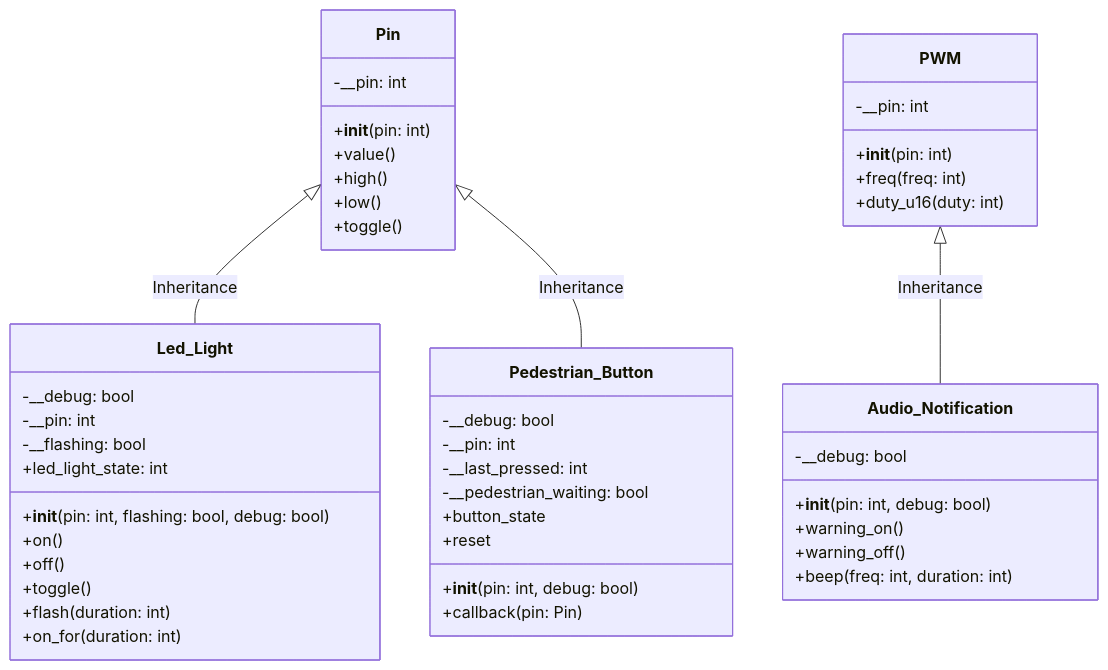
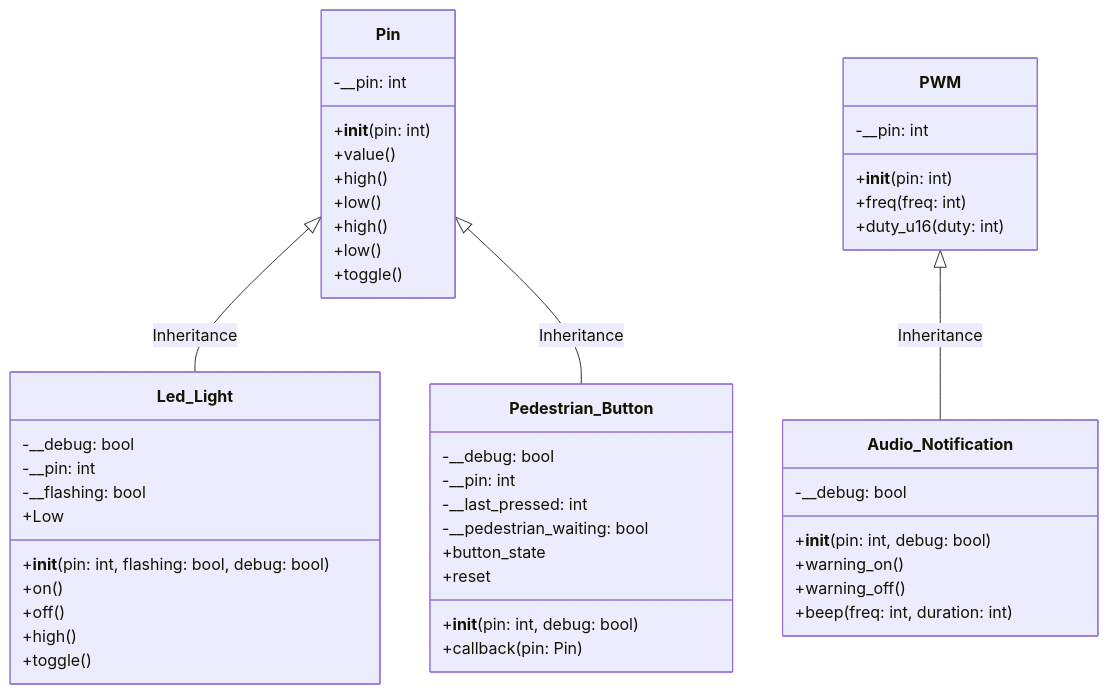
Before and after one commit to TempeHS/MicroPython_OOP_Pi_Pico_Mini_Project_Source: the diagram in tutorials/Lecture1.md, drawn with Mermaid.

````diff
--- a/tutorials/Lecture1.md
+++ b/tutorials/Lecture1.md
@@ -34,54 +22,55 @@
 ```mermaid
 classDiagram
     class Pin {
         -__pin: int
         +__init__(pin: int)
         +value()
+        +high()
+        +low()
         +high()
         +low()
         +toggle()
     }
 
     class PWM {
         -__pin: int
         +__init__(pin: int)
         +freq(freq: int)
         +duty_u16(duty: int)
     }
 
     class Audio_Notification {
         -__debug: bool
         +__init__(pin: int, debug: bool)
         +warning_on()
         +warning_off()
         +beep(freq: int, duration: int)
     }
     PWM <|-- Audio_Notification : Inheritance
 
     class Led_Light {
         -__debug: bool
         -__pin: int
         -__flashing: bool
         +__init__(pin: int, flashing: bool, debug: bool)
         +on()
         +off()
+        +high()
+        +Low
         +toggle()
-        +flash(duration: int)
-        +on_for(duration: int)
-        +led_light_state: int
     }
     Pin <|-- Led_Light : Inheritance
 
     class Pedestrian_Button {
         -__debug: bool
         -__pin: int
         -__last_pressed: int
         -__pedestrian_waiting: bool
         +__init__(pin: int, debug: bool)
         +callback(pin: Pin)
         +button_state
         +reset
     }
     Pin <|-- Pedestrian_Button : Inheritance
 
 ```
````
